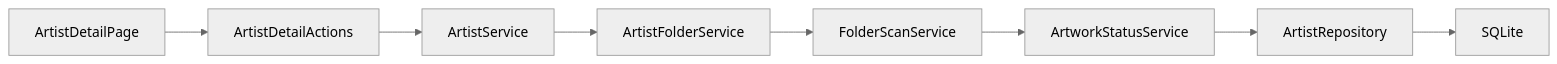
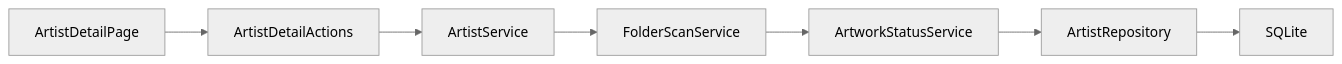
One commit to PKT0623/PixivLocalManager changed the sixth of 24 diagrams in docs/07_ARCHITECTURE.md. Above: the diagram before and after it, drawn with Mermaid (neutral theme). The commit also changed other lines of this file and 10 other files, not shown here.

Commit message:
docs: update V2 completion status and V3 roadmap

````diff
--- a/docs/07_ARCHITECTURE.md
+++ b/docs/07_ARCHITECTURE.md
@@ -399,12 +399,11 @@
 ```mermaid
 flowchart LR
 
 ArtistDetailPage
 --> ArtistDetailActions
 --> ArtistService
---> ArtistFolderService
 --> FolderScanService
 --> ArtworkStatusService
 --> ArtistRepository
 --> SQLite
 ```
````
